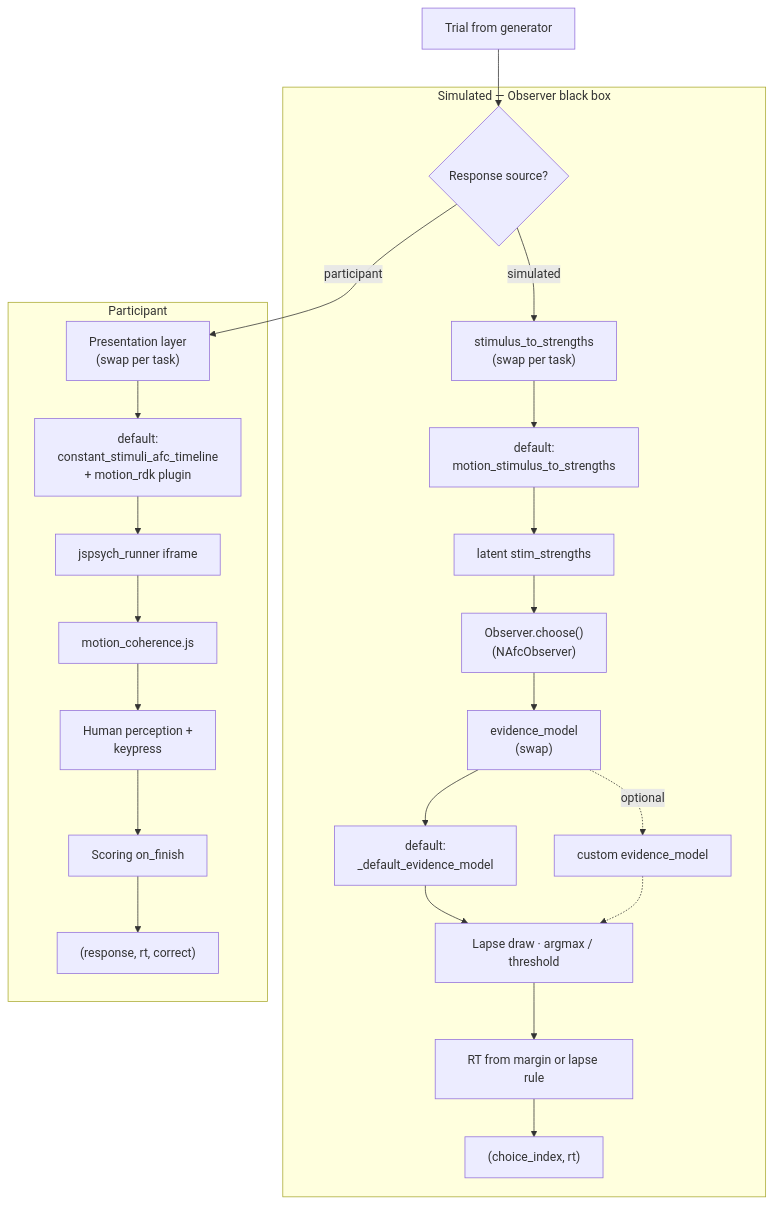
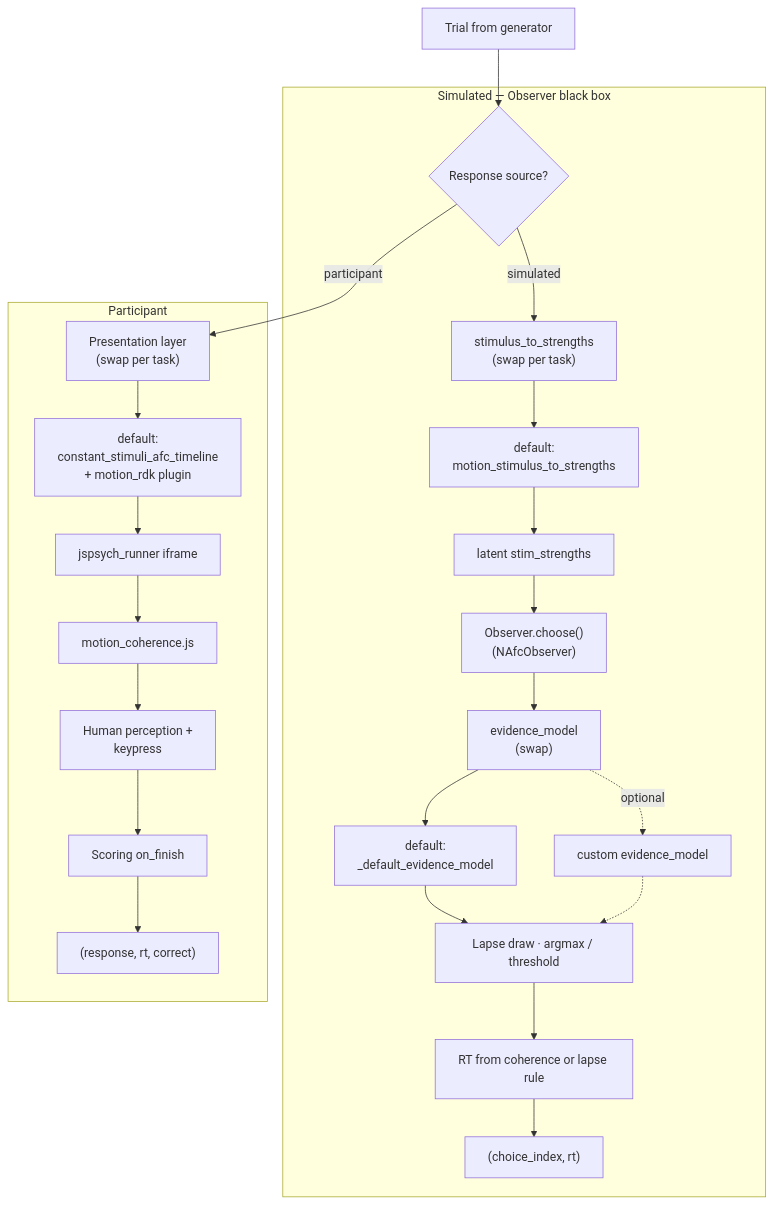
One commit to Jovan-Kemp/experiment-simulator changed the second of 3 diagrams in DOCUMENTATION.md. Above: the diagram before and after it, drawn with Mermaid. The commit also changed other lines of this file and 9 other files, not shown here.

````diff
--- a/DOCUMENTATION.md
+++ b/DOCUMENTATION.md
@@ -65,31 +65,31 @@
 ```mermaid
 flowchart TB
   trial["Trial from generator"]
 
   direction{"Response source?"}
   trial --> direction
 
   subgraph Sim["Simulated — Observer black box"]
     direction -->|simulated| stimHook["stimulus_to_strengths\n(swap per task)"]
     stimHook --> defaultMap["default:\nmotion_stimulus_to_strengths"]
     defaultMap --> strengths["latent stim_strengths"]
     strengths --> choose["Observer.choose()\n(NAfcObserver)"]
     choose --> evidenceHook["evidence_model\n(swap)"]
     evidenceHook --> defaultEV["default:\n_default_evidence_model"]
     evidenceHook -.->|optional| customEV["custom evidence_model"]
     defaultEV --> decision["Lapse draw · argmax / threshold"]
     customEV -.-> decision
-    decision --> rtPath["RT from margin or lapse rule"]
+    decision --> rtPath["RT from coherence or lapse rule"]
     rtPath --> outSim["(choice_index, rt)"]
   end
 
   subgraph Part["Participant"]
     direction -->|participant| presHook["Presentation layer\n(swap per task)"]
     presHook --> defaultPres["default:\nconstant_stimuli_afc_timeline\n+ motion_rdk plugin"]
     defaultPres --> runner["jspsych_runner iframe"]
     runner --> rdk["motion_coherence.js"]
     rdk --> human["Human perception +\nkeypress"]
     human --> score["Scoring on_finish"]
     score --> outHuman["(response, rt, correct)"]
   end
 ```
````
